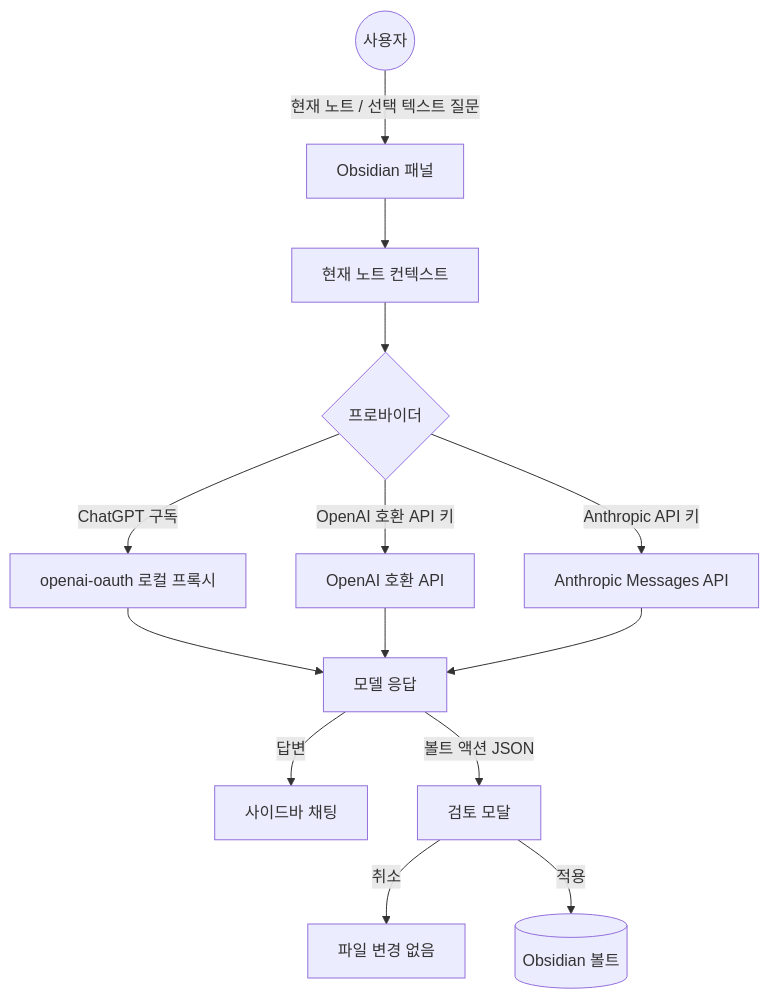
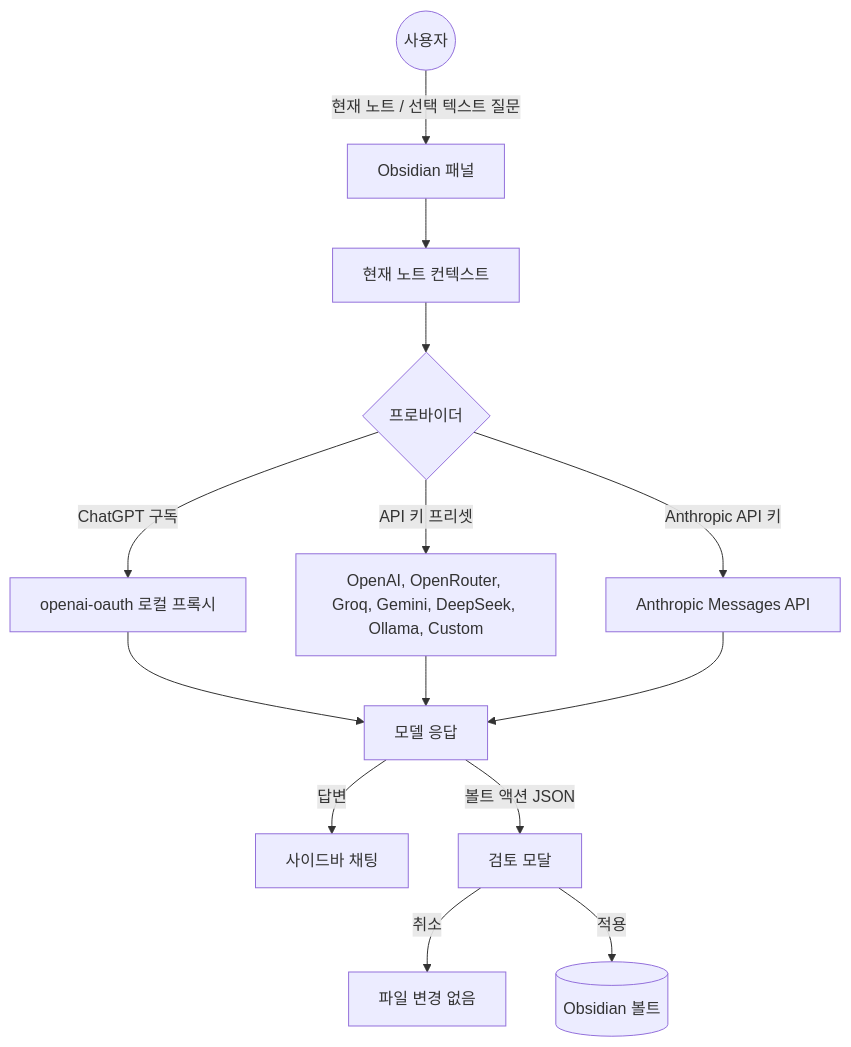
One commit to lowshot31/vault-action-bridge changed the diagram in ko/README.ko.md. Above: the diagram before and after it, drawn with Mermaid. The commit also changed other lines of this file and 25 other files, not shown here.

Commit message:
docs: add comprehensive architecture documentation, internationalized project guidelines, and a release validation script.

````diff
--- a/ko/README.ko.md
+++ b/ko/README.ko.md
@@ -36,19 +52,19 @@
 ```mermaid
 graph TD
     User((사용자)) -->|"현재 노트 / 선택 텍스트 질문"| Panel[Obsidian 패널]
     Panel --> Context[현재 노트 컨텍스트]
     Context --> Provider{프로바이더}
 
     Provider -->|"ChatGPT 구독"| OAuth[openai-oauth 로컬 프록시]
-    Provider -->|"OpenAI 호환 API 키"| Compatible[OpenAI 호환 API]
+    Provider -->|"API 키 프리셋"| Compatible[OpenAI, OpenRouter, Groq, Gemini, DeepSeek, Ollama, Custom]
     Provider -->|"Anthropic API 키"| Anthropic[Anthropic Messages API]
 
     OAuth --> Model[모델 응답]
     Compatible --> Model
     Anthropic --> Model
 
     Model -->|"답변"| Chat[사이드바 채팅]
     Model -->|"볼트 액션 JSON"| Review[검토 모달]
     Review -->|"취소"| Stop[파일 변경 없음]
     Review -->|"적용"| Vault[(Obsidian 볼트)]
 ```
````
